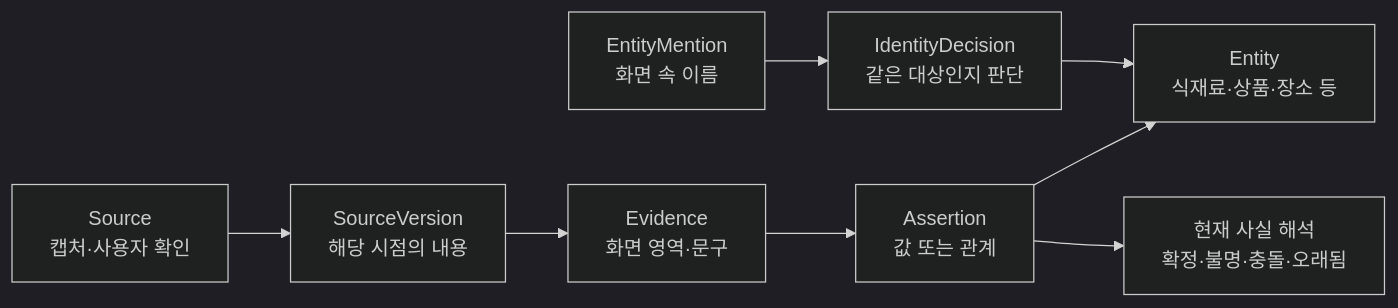
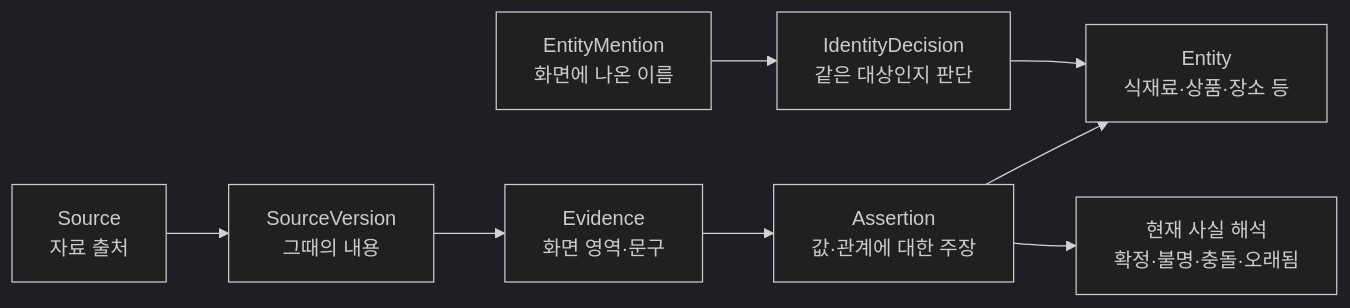
Before and after one commit to orialthq/luffi: the second of 2 diagrams in docs/TEAM_SECOND_BRAIN_STATUS.md, drawn with Mermaid (dark theme). The commit also changed other lines of this file, not shown here.

````diff
--- a/docs/TEAM_SECOND_BRAIN_STATUS.md
+++ b/docs/TEAM_SECOND_BRAIN_STATUS.md
@@ -56,10 +71,10 @@
 ```mermaid
 flowchart LR
-    S[Source<br/>캡처·사용자 확인] --> V[SourceVersion<br/>해당 시점의 내용]
+    S[Source<br/>자료 출처] --> V[SourceVersion<br/>그때의 내용]
     V --> E[Evidence<br/>화면 영역·문구]
-    E --> A[Assertion<br/>값 또는 관계]
-    M[EntityMention<br/>화면 속 이름] --> D[IdentityDecision<br/>같은 대상인지 판단]
+    E --> A[Assertion<br/>값·관계에 대한 주장]
+    M[EntityMention<br/>화면에 나온 이름] --> D[IdentityDecision<br/>같은 대상인지 판단]
     D --> N[Entity<br/>식재료·상품·장소 등]
     A --> N
     A --> R[현재 사실 해석<br/>확정·불명·충돌·오래됨]
 ```
````
